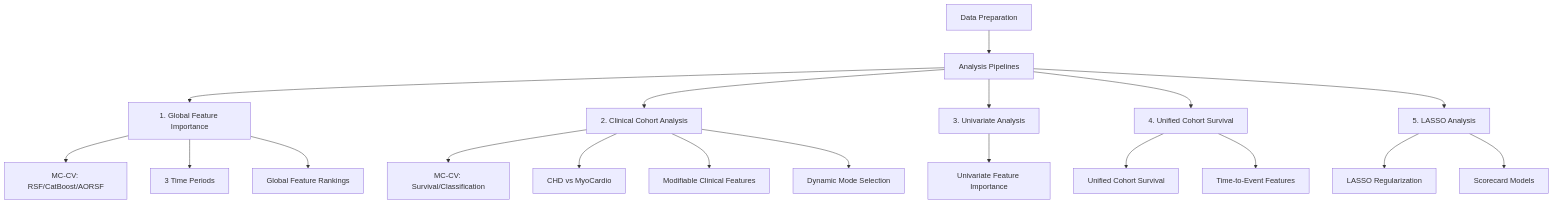
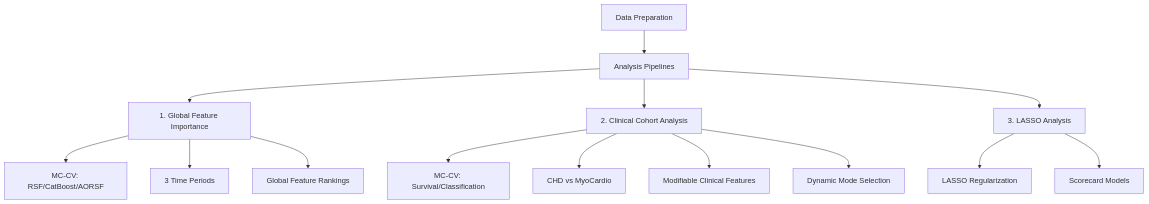
Before and after one commit to Jerome3590/phts: the second of 2 diagrams in README.md, drawn with Mermaid. The commit also changed other lines of this file and 13 other files, not shown here.

First line of the commit message:
Remove univariate_analysis and unified_cohort_survival_analysis workflows

````diff
--- a/README.md
+++ b/README.md
@@ -55,27 +51,20 @@
 ```mermaid
 graph TB
     A[Data Preparation] --> B[Analysis Pipelines]
 
     B --> C1[1. Global Feature Importance]
     B --> C2[2. Clinical Cohort Analysis]
-    B --> C3[3. Univariate Analysis]
-    B --> C4[4. Unified Cohort Survival]
-    B --> C5[5. LASSO Analysis]
+    B --> C5[3. LASSO Analysis]
 
     C1 --> C1a[MC-CV: RSF/CatBoost/AORSF]
     C1 --> C1b[3 Time Periods]
     C1 --> C1c[Global Feature Rankings]
 
     C2 --> C2a[MC-CV: Survival/Classification]
     C2 --> C2b[CHD vs MyoCardio]
     C2 --> C2c[Modifiable Clinical Features]
     C2 --> C2d[Dynamic Mode Selection]
 
-    C3 --> C3a[Univariate Feature Importance]
-
-    C4 --> C4a[Unified Cohort Survival]
-    C4 --> C4b[Time-to-Event Features]
-
     C5 --> C5a[LASSO Regularization]
     C5 --> C5b[Scorecard Models]
 ```
````
